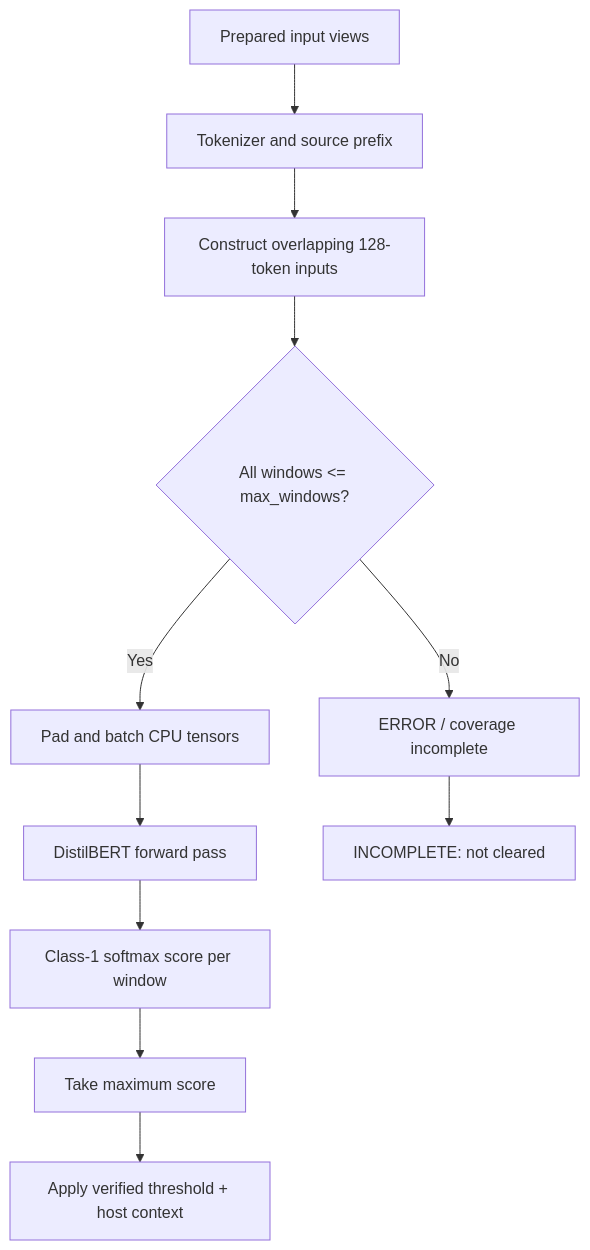
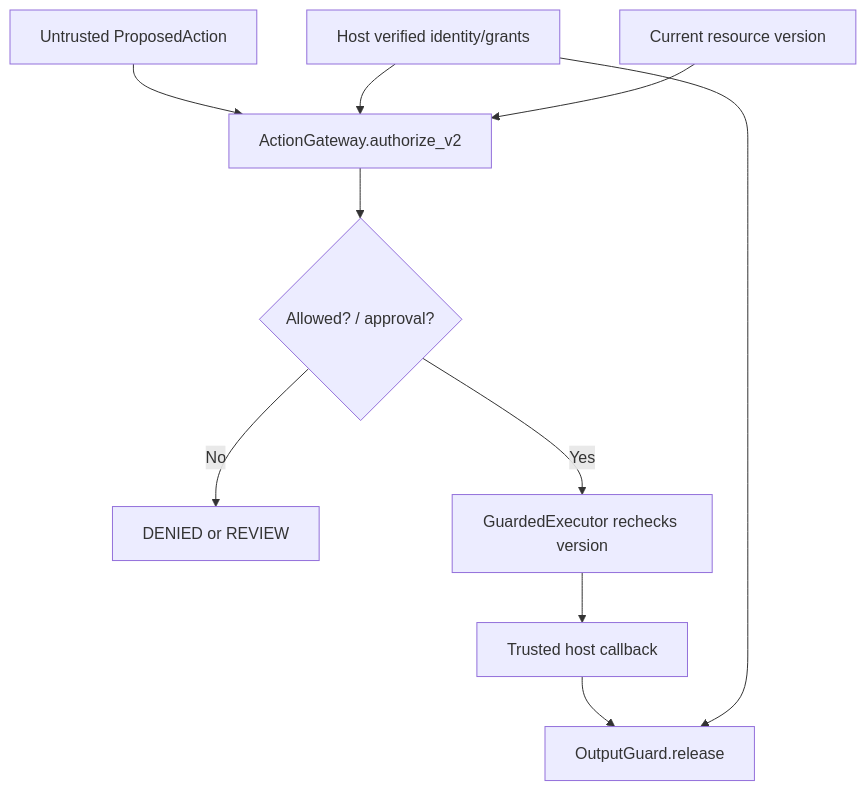
Before and after one commit to namelessweakl1ng/kjnlae: the sixth of 10 diagrams in CODEBASE.md, drawn with Mermaid. The commit also changed other lines of this file, not shown here.

Commit message:
docs: preserve detailed codebase deep dive, rebase architecture on 0.3 SDK and UI

````diff
--- a/CODEBASE.md
+++ b/CODEBASE.md
@@ -2721,13 +1747,12 @@
 ```mermaid
 flowchart TD
-  Start["Prepared input views"] --> Tokenize["Tokenizer and source prefix"]
-  Tokenize --> Windows["Construct overlapping 128-token inputs"]
-  Windows --> Budget{"All windows <= max_windows?"}
-  Budget -- "No" --> Partial["ERROR / coverage incomplete"]
-  Budget -- "Yes" --> Batch["Pad and batch CPU tensors"]
-  Batch --> Forward["DistilBERT forward pass"]
-  Forward --> Softmax["Class-1 softmax score per window"]
-  Softmax --> Max["Take maximum score"]
-  Max --> Policy["Apply verified threshold + host context"]
-  Partial --> Incomplete["INCOMPLETE: not cleared"]
+  Proposed["Untrusted ProposedAction"] --> Gateway["ActionGateway.authorize_v2"]
+  Host["Host verified identity/grants"] --> Gateway
+  Catalog["Current resource version"] --> Gateway
+  Gateway --> Decision{"Allowed? / approval?"}
+  Decision -- No --> Denied["DENIED or REVIEW"]
+  Decision -- Yes --> Exec["GuardedExecutor rechecks version"]
+  Exec --> Callback["Trusted host callback"]
+  Callback --> Release["OutputGuard.release"]
+  Host --> Release
 ```
````
